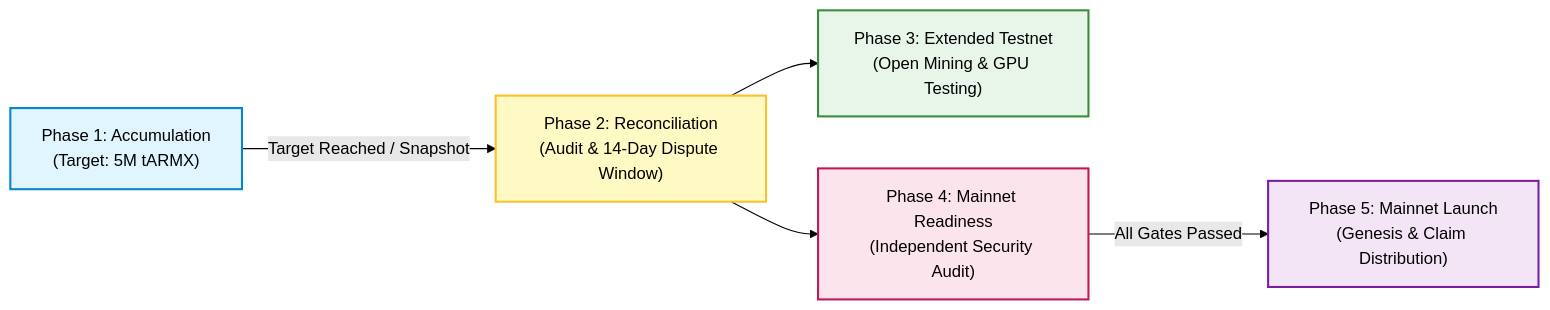
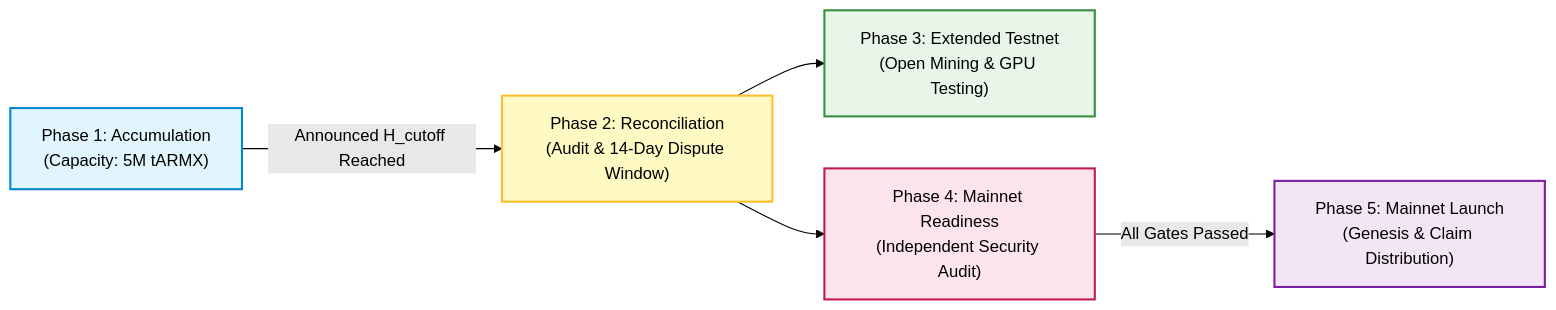
The first of 3 diagrams in docs/governance/TREASURY_MIGRATION_PLAN.md (armaxcoincore/armax-coin), drawn with Mermaid (forest theme) before and after one commit. The commit also changed other lines of this file and 4 other files, not shown here.

````diff
--- a/docs/governance/TREASURY_MIGRATION_PLAN.md
+++ b/docs/governance/TREASURY_MIGRATION_PLAN.md
@@ -319,13 +333,13 @@
 ```mermaid
 flowchart LR
-    A["Phase 1: Accumulation<br/>(Target: 5M tARMX)"] -->|"Target Reached / Snapshot"| B["Phase 2: Reconciliation<br/>(Audit & 14-Day Dispute Window)"]
+    A["Phase 1: Accumulation<br/>(Capacity: 5M tARMX)"] -->|"Announced H_cutoff Reached"| B["Phase 2: Reconciliation<br/>(Audit & 14-Day Dispute Window)"]
     B --> C["Phase 3: Extended Testnet<br/>(Open Mining & GPU Testing)"]
     B --> D["Phase 4: Mainnet Readiness<br/>(Independent Security Audit)"]
     D -->|"All Gates Passed"| E["Phase 5: Mainnet Launch<br/>(Genesis & Claim Distribution)"]
 
     style A fill:#e1f5fe,stroke:#0288d1,stroke-width:2px
     style B fill:#fff9c4,stroke:#fbc02d,stroke-width:2px
     style C fill:#e8f5e9,stroke:#388e3c,stroke-width:2px
     style D fill:#fce4ec,stroke:#c2185b,stroke-width:2px
     style E fill:#f3e5f5,stroke:#7b1fa2,stroke-width:2px
 ```
````
